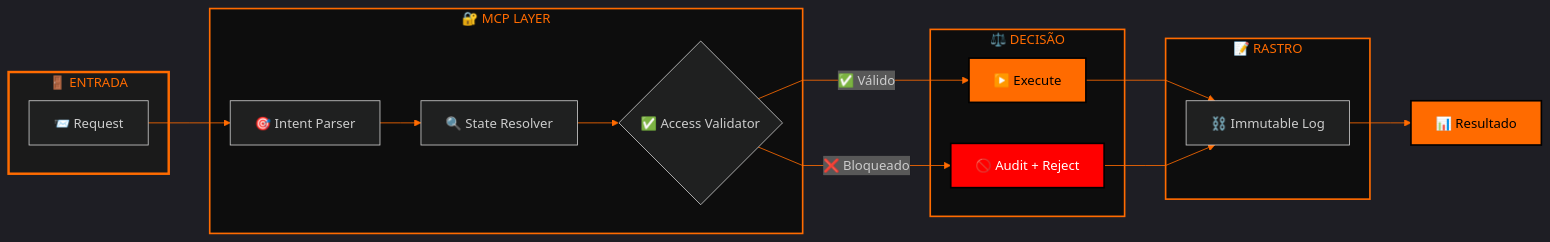
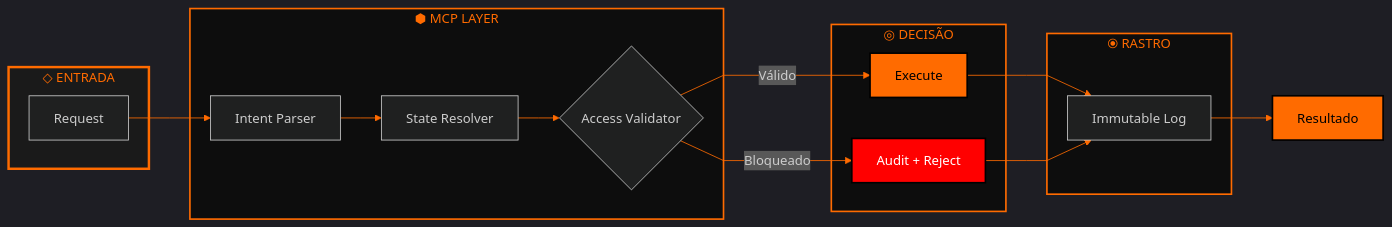
One commit to neomello/punk-ecosistemas-dados changed the third of 7 diagrams in docs/ECOSYSTEM-DIAGRAM.md. Above: the diagram before and after it, drawn with Mermaid. The commit also changed other lines of this file and 14 other files, not shown here.

````diff
--- a/docs/ECOSYSTEM-DIAGRAM.md
+++ b/docs/ECOSYSTEM-DIAGRAM.md
@@ -123,34 +123,34 @@
 ```mermaid
 %%{init: {'flowchart': {'curve': 'linear'}, 'theme': 'dark', 'themeVariables': { 'primaryColor': '#FF6B00', 'primaryTextColor': '#000', 'primaryBorderColor': '#000', 'lineColor': '#FF6B00'}}}%%
 
 graph LR
-    subgraph ENTRY["🚪 ENTRADA"]
-        REQ["📨 Request"]
+    subgraph ENTRY["◇ ENTRADA"]
+        REQ["Request"]
     end
 
-    subgraph MCP["🔐 MCP LAYER"]
-        A["🎯 Intent Parser"] --> B["🔍 State Resolver"]
-        B --> C{"✅ Access Validator"}
+    subgraph MCP["⬢ MCP LAYER"]
+        A["Intent Parser"] --> B["State Resolver"]
+        B --> C{"Access Validator"}
     end
 
-    subgraph DECISION["⚖️ DECISÃO"]
-        C -->|✅ Válido| D["▶️ Execute"]
-        C -->|❌ Bloqueado| E["🚫 Audit + Reject"]
+    subgraph DECISION["◎ DECISÃO"]
+        C -->|Válido| D["Execute"]
+        C -->|Bloqueado| E["Audit + Reject"]
     end
 
-    subgraph TRACE["📝 RASTRO"]
-        D --> F["⛓️ Immutable Log"]
+    subgraph TRACE["⦿ RASTRO"]
+        D --> F["Immutable Log"]
         E --> F
     end
 
     REQ --> A
-    F --> RESULT["📊 Resultado"]
+    F --> RESULT["Resultado"]
 
     style ENTRY fill:#1a1a1a,stroke:#FF6B00,stroke-width:3px,color:#FF6B00
     style MCP fill:#0d0d0d,stroke:#FF6B00,stroke-width:2px,color:#FF6B00
     style DECISION fill:#0d0d0d,stroke:#FF6B00,stroke-width:2px,color:#FF6B00
     style TRACE fill:#0d0d0d,stroke:#FF6B00,stroke-width:2px,color:#FF6B00
     style D fill:#FF6B00,stroke:#000,stroke-width:2px,color:#000
     style E fill:#FF0000,stroke:#000,stroke-width:2px,color:#FFF
     style RESULT fill:#FF6B00,stroke:#000,stroke-width:2px,color:#000
 ```
````
